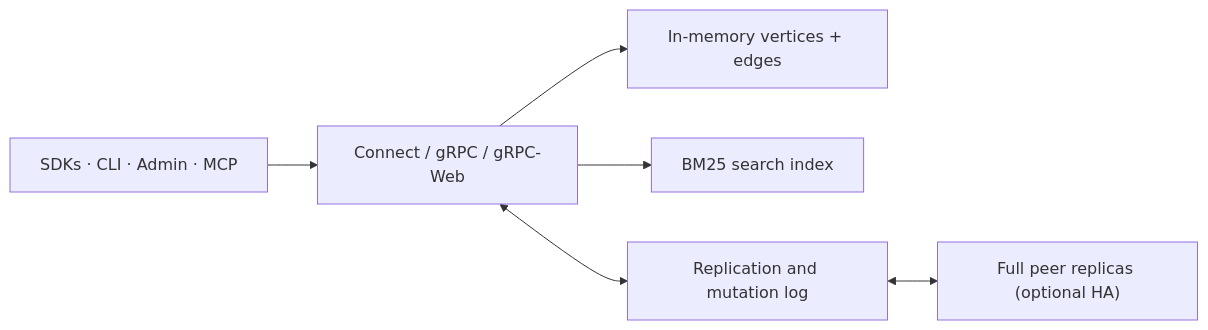
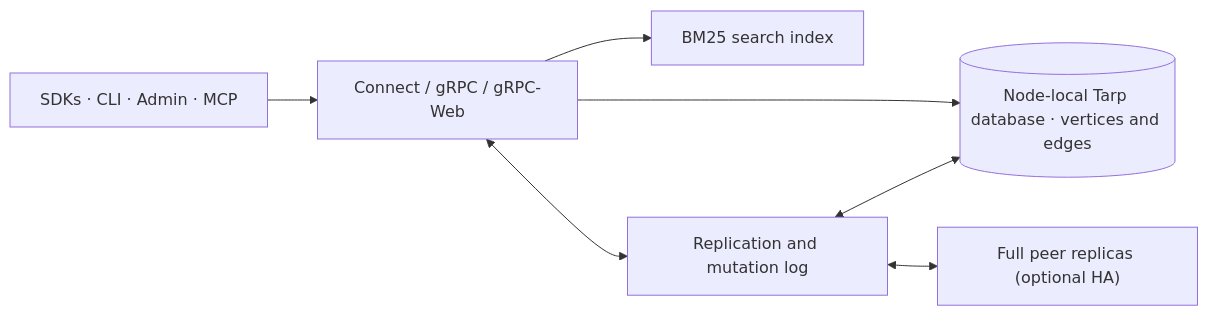
Before and after one commit to anaregdesign/lantern: the second of 2 diagrams in README.md, drawn with Mermaid. The commit also changed 12 other files, not shown here.

Commit message:
docs: describe node-local Tarp storage in help and operator references

````diff
--- a/README.md
+++ b/README.md
@@ -484,8 +484,9 @@
 ```mermaid
 flowchart LR
     C["SDKs · CLI · Admin · MCP"] --> S["Connect / gRPC / gRPC-Web"]
-    S --> G["In-memory vertices + edges"]
+    S --> G[("Node-local Tarp database · vertices and edges")]
     S --> I["BM25 search index"]
     S <--> R["Replication and mutation log"]
+    R <--> G
     R <--> P["Full peer replicas (optional HA)"]
 ```
````
